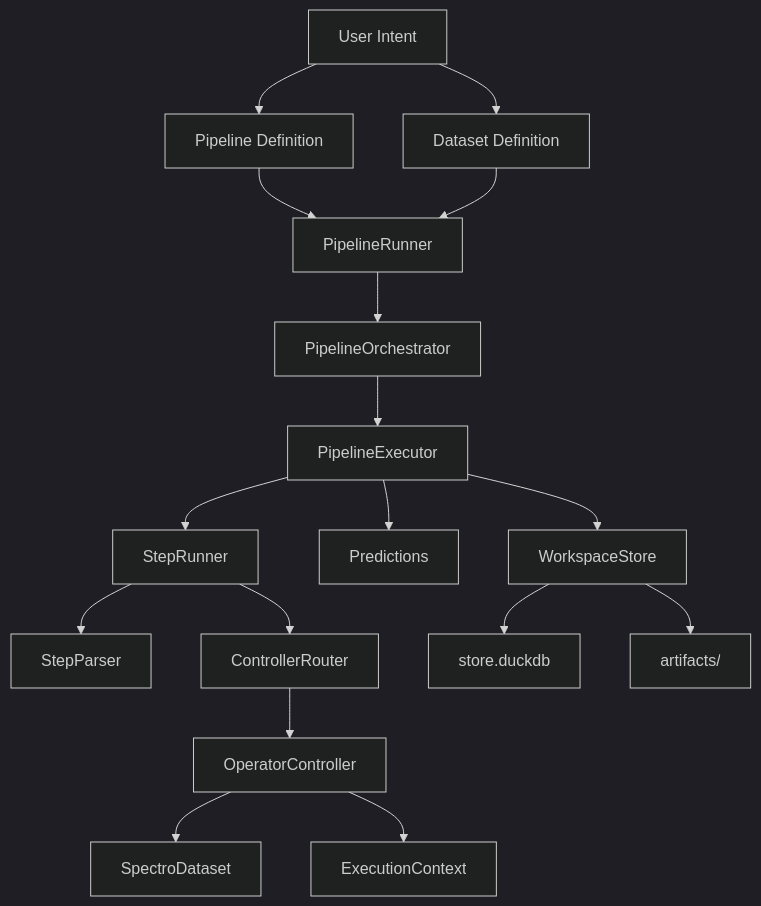
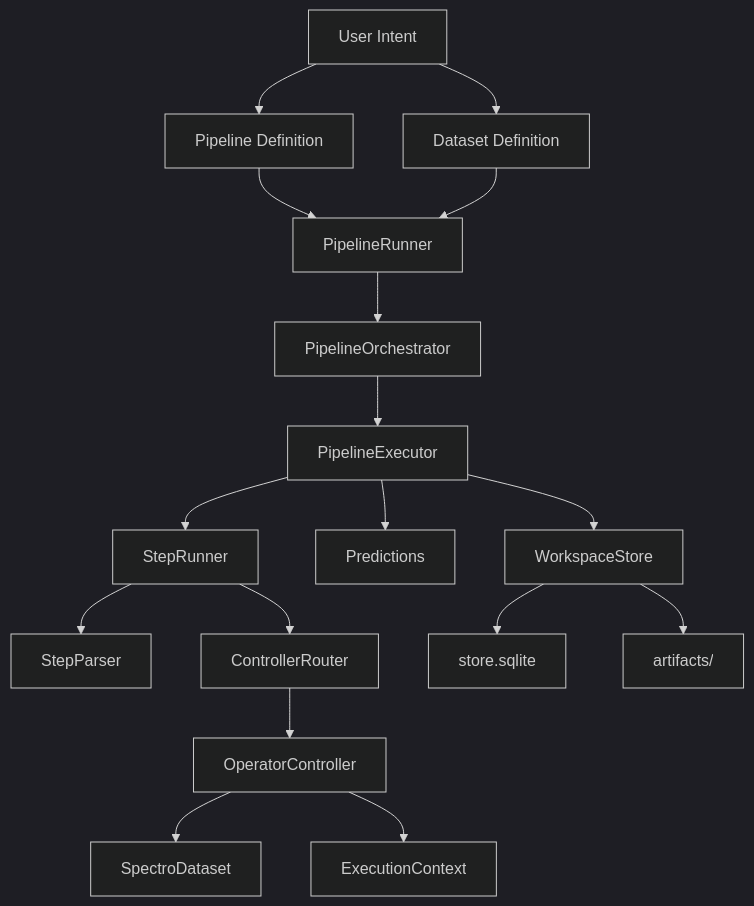
The first of 2 diagrams in docs/source/onboarding/mental_models.md (GBeurier/nirs4all), drawn with Mermaid (dark theme) before and after one commit. The commit also changed other lines of this file and 76 other files, not shown here.

````diff
--- a/docs/source/onboarding/mental_models.md
+++ b/docs/source/onboarding/mental_models.md
@@ -63,19 +63,19 @@
 ```mermaid
 flowchart TD
     A[User Intent] --> B[Pipeline Definition]
     A --> C[Dataset Definition]
     B --> D[PipelineRunner]
     C --> D
     D --> E[PipelineOrchestrator]
     E --> F[PipelineExecutor]
     F --> G[StepRunner]
     G --> H[StepParser]
     G --> I[ControllerRouter]
     I --> J[OperatorController]
     J --> K[SpectroDataset]
     J --> L[ExecutionContext]
     F --> M[Predictions]
     F --> N[WorkspaceStore]
-    N --> O[store.duckdb]
+    N --> O[store.sqlite]
     N --> P[artifacts/]
 ```
````
